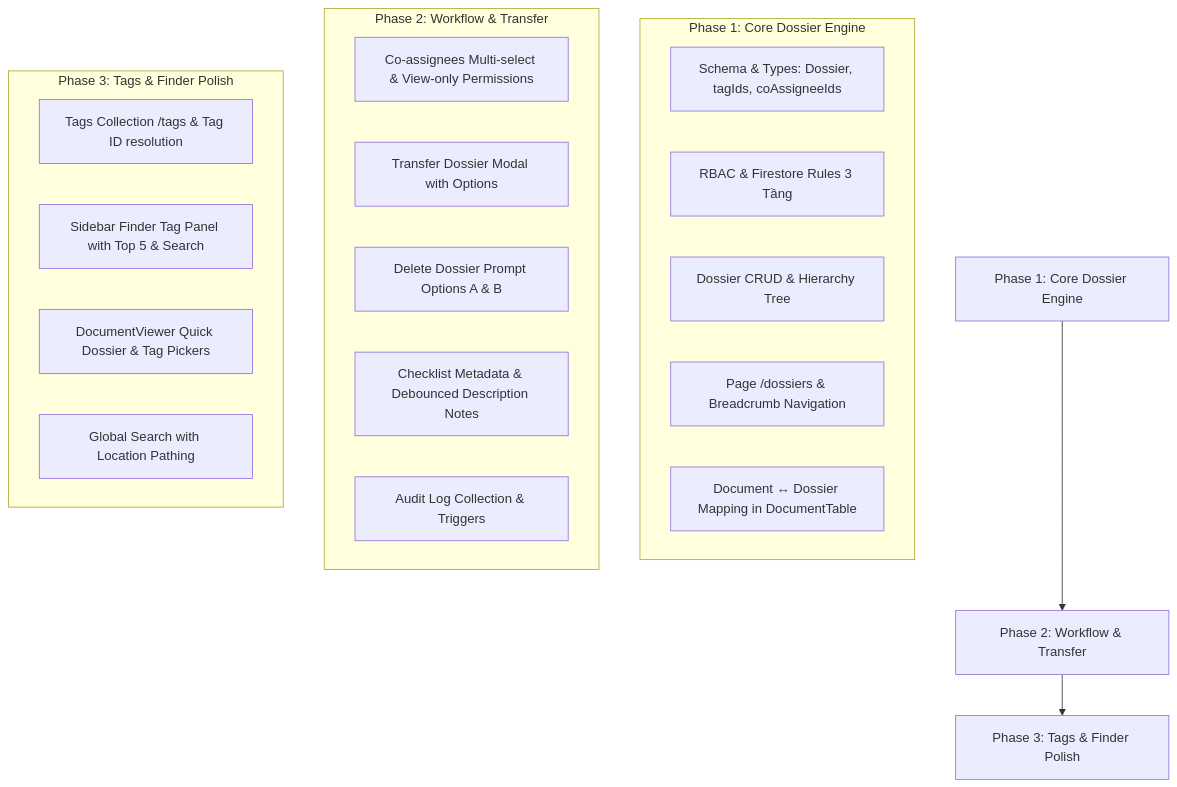
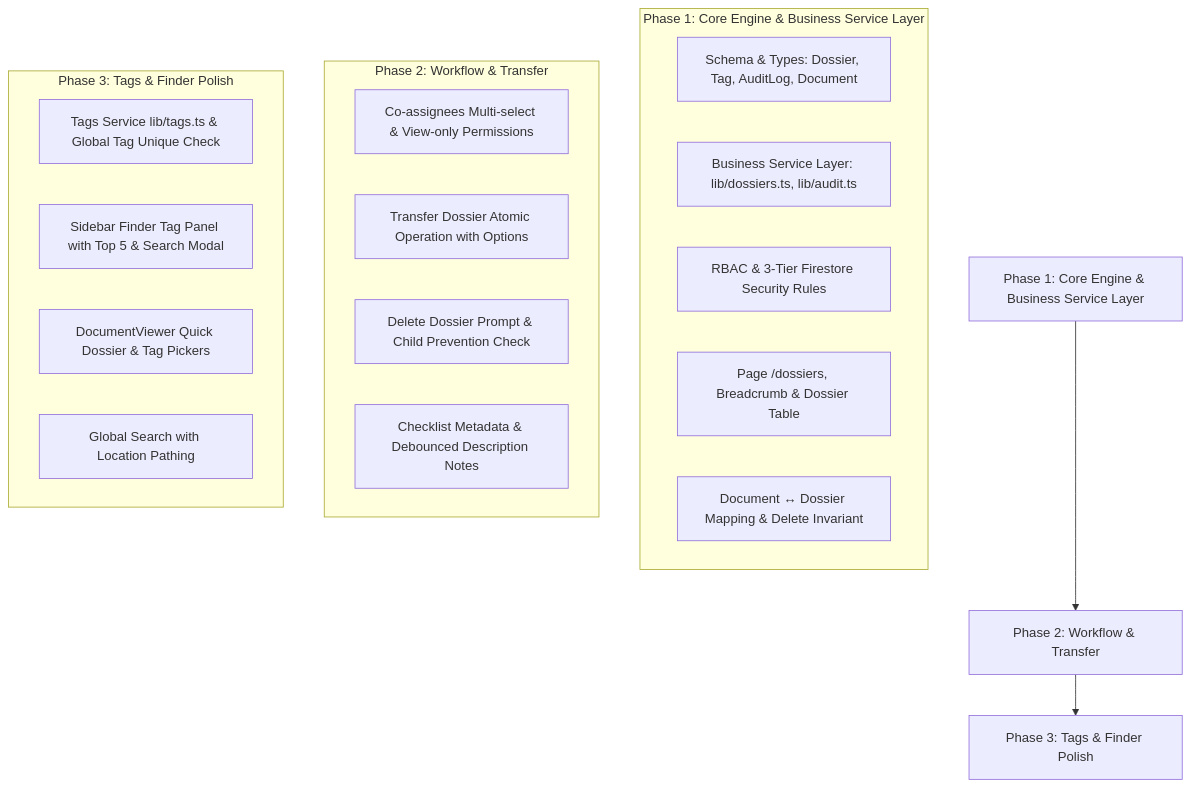
One commit to khoibmtn/my-office changed the diagram in docs/superpowers/specs/2026-08-24-dossier-management-design.md. Above: the diagram before and after it, drawn with Mermaid. The commit also changed other lines of this file, not shown here.

Commit message:
docs: finalize production design spec with architectural invariants and service layer pattern

````diff
--- a/docs/superpowers/specs/2026-08-24-dossier-management-design.md
+++ b/docs/superpowers/specs/2026-08-24-dossier-management-design.md
@@ -157,28 +155,27 @@
 ```mermaid
 graph TD
-    A[Phase 1: Core Dossier Engine] --> B[Phase 2: Workflow & Transfer]
+    A[Phase 1: Core Engine & Business Service Layer] --> B[Phase 2: Workflow & Transfer]
     B --> C[Phase 3: Tags & Finder Polish]
     
-    subgraph Phase 1: Core Dossier Engine
-    A1[Schema & Types: Dossier, tagIds, coAssigneeIds]
-    A2[RBAC & Firestore Rules 3 Tầng]
-    A3[Dossier CRUD & Hierarchy Tree]
-    A4[Page /dossiers & Breadcrumb Navigation]
-    A5[Document ↔ Dossier Mapping in DocumentTable]
+    subgraph Phase 1: Core Engine & Business Service Layer
+    A1[Schema & Types: Dossier, Tag, AuditLog, Document]
+    A2[Business Service Layer: lib/dossiers.ts, lib/audit.ts]
+    A3[RBAC & 3-Tier Firestore Security Rules]
+    A4[Page /dossiers, Breadcrumb & Dossier Table]
+    A5[Document ↔ Dossier Mapping & Delete Invariant]
     end
     
     subgraph Phase 2: Workflow & Transfer
     B1[Co-assignees Multi-select & View-only Permissions]
-    B2[Transfer Dossier Modal with Options]
-    B3[Delete Dossier Prompt Options A & B]
+    B2[Transfer Dossier Atomic Operation with Options]
+    B3[Delete Dossier Prompt & Child Prevention Check]
     B4[Checklist Metadata & Debounced Description Notes]
-    B5[Audit Log Collection & Triggers]
     end
     
     subgraph Phase 3: Tags & Finder Polish
-    C1[Tags Collection /tags & Tag ID resolution]
-    C2[Sidebar Finder Tag Panel with Top 5 & Search]
+    C1[Tags Service lib/tags.ts & Global Tag Unique Check]
+    C2[Sidebar Finder Tag Panel with Top 5 & Search Modal]
     C3[DocumentViewer Quick Dossier & Tag Pickers]
     C4[Global Search with Location Pathing]
     end
 ```
````
